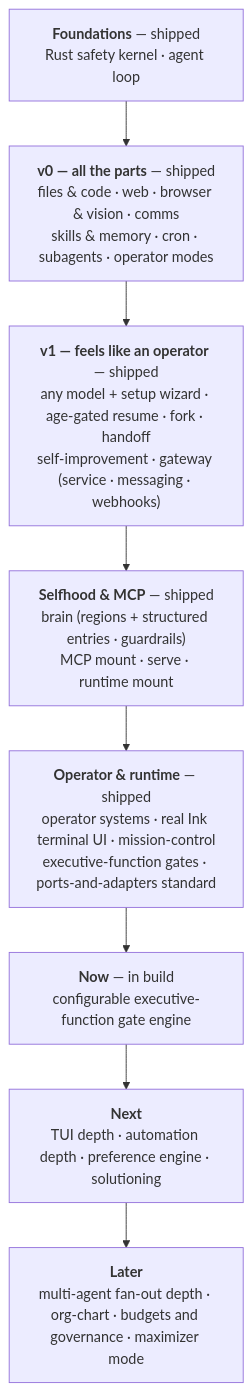
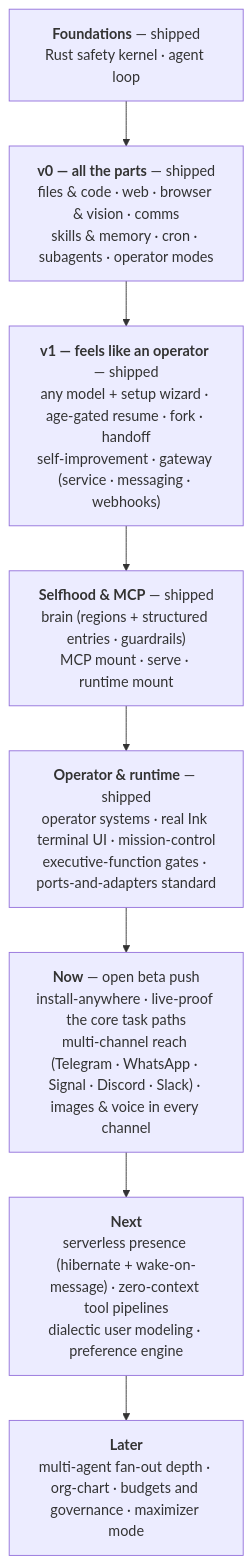
Before and after one commit to jpoindexter/Vanta: the first of 3 diagrams in vanta-website/docs/roadmap.md, drawn with Mermaid. The commit also changed other lines of this file and 2 other files, not shown here.

First line of the commit message:
roadmap: vision-gap cards from Hermes/OpenClaw audit (1036→1051)

````diff
--- a/vanta-website/docs/roadmap.md
+++ b/vanta-website/docs/roadmap.md
@@ -23,12 +23,12 @@
 ```mermaid
 flowchart TB
   F["<b>Foundations</b> — shipped<br/>Rust safety kernel · agent loop"]
   V0["<b>v0 — all the parts</b> — shipped<br/>files & code · web · browser & vision · comms<br/>skills & memory · cron · subagents · operator modes"]
   V1["<b>v1 — feels like an operator</b> — shipped<br/>any model + setup wizard · age-gated resume · fork · handoff<br/>self-improvement · gateway (service · messaging · webhooks)"]
   SM["<b>Selfhood & MCP</b> — shipped<br/>brain (regions + structured entries · guardrails)<br/>MCP mount · serve · runtime mount"]
   OR["<b>Operator & runtime</b> — shipped<br/>operator systems · real Ink terminal UI · mission-control<br/>executive-function gates · ports-and-adapters standard"]
-  NOW["<b>Now</b> — in build<br/>configurable executive-function gate engine"]
-  NEXT["<b>Next</b><br/>TUI depth · automation depth · preference engine · solutioning"]
+  NOW["<b>Now</b> — open beta push<br/>install-anywhere · live-proof the core task paths<br/>multi-channel reach (Telegram · WhatsApp · Signal · Discord · Slack) · images & voice in every channel"]
+  NEXT["<b>Next</b><br/>serverless presence (hibernate + wake-on-message) · zero-context tool pipelines<br/>dialectic user modeling · preference engine"]
   LATER["<b>Later</b><br/>multi-agent fan-out depth · org-chart · budgets and governance · maximizer mode"]
   F --> V0 --> V1 --> SM --> OR --> NOW --> NEXT --> LATER
 ```
````
